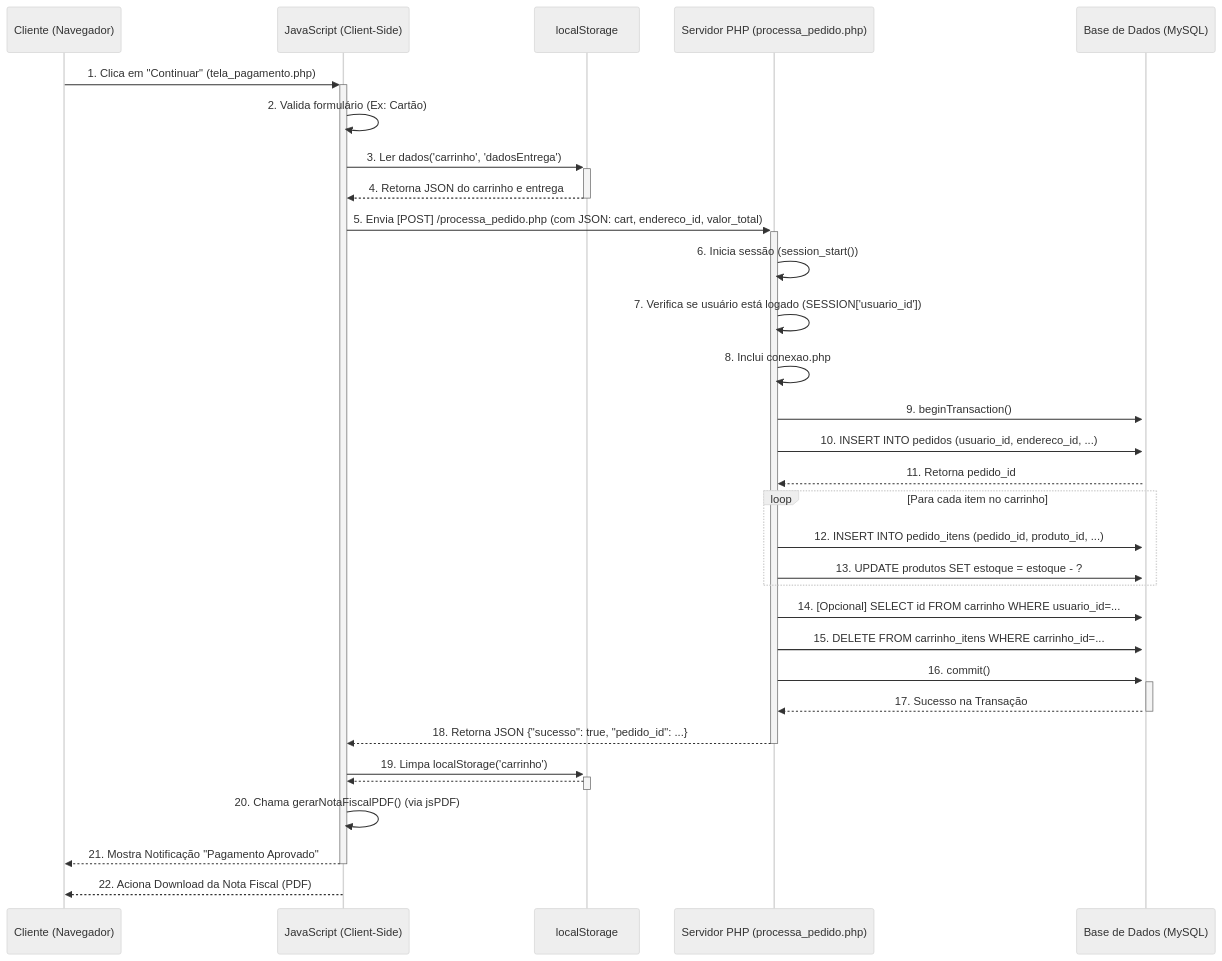
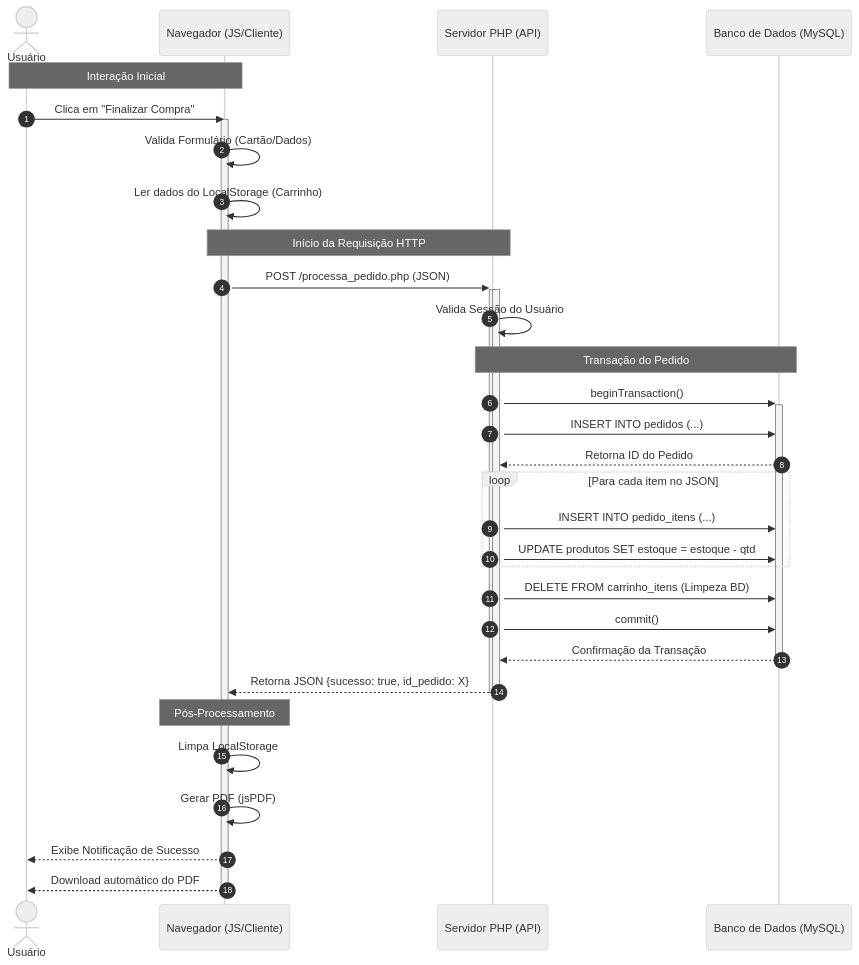
The diagram in Artefatos/Diagramas/Sequência/Sequência - Código.mmd (mar-moraes/Loja-Ponto-Com), drawn with Mermaid (neutral theme) before and after one commit. The commit also changed 6 other files, not shown here.

```diff
--- a/Artefatos/Diagramas/Sequência/Sequência - Código.mmd
+++ b/Artefatos/Diagramas/Sequência/Sequência - Código.mmd
@@ -1,40 +1,44 @@
 sequenceDiagram
-    participant Cliente as Cliente (Navegador)
-    participant JS as JavaScript (Client-Side)
-    participant LocalStorage as localStorage
-    participant PHP as Servidor PHP (processa_pedido.php)
-    participant MySQL as Base de Dados (MySQL)
+    autonumber
+    actor Usuario as Usuário
+    participant Frontend as Navegador (JS/Cliente)
+    participant Backend as Servidor PHP (API)
+    participant BD as Banco de Dados (MySQL)
 
-    Cliente ->>+ JS: 1. Clica em "Continuar" (tela_pagamento.php)
-    JS ->> JS: 2. Valida formulário (Ex: Cartão)
-    JS ->>+ LocalStorage: 3. Ler dados('carrinho', 'dadosEntrega')
-    LocalStorage -->>- JS: 4. Retorna JSON do carrinho e entrega
-
-    JS ->>+ PHP: 5. Envia [POST] /processa_pedido.php (com JSON: cart, endereco_id, valor_total)
-    PHP ->> PHP: 6. Inicia sessão (session_start())
-    PHP ->> PHP: 7. Verifica se usuário está logado (SESSION['usuario_id'])
-    PHP ->> PHP: 8. Inclui conexao.php
-
-    PHP ->>+ MySQL: 9. beginTransaction()
-    PHP ->> MySQL: 10. INSERT INTO pedidos (usuario_id, endereco_id, ...)
-    MySQL -->> PHP: 11. Retorna pedido_id
+    Note over Usuario, Frontend: Interação Inicial
+    Usuario->>Frontend: Clica em "Finalizar Compra"
     
-    loop Para cada item no carrinho
-        PHP ->> MySQL: 12. INSERT INTO pedido_itens (pedido_id, produto_id, ...)
-        PHP ->> MySQL: 13. UPDATE produtos SET estoque = estoque - ?
+    activate Frontend
+    Frontend->>Frontend: Valida Formulário (Cartão/Dados)
+    Frontend->>Frontend: Ler dados do LocalStorage (Carrinho)
+    
+    Note over Frontend, Backend: Início da Requisição HTTP
+    Frontend->>+Backend: POST /processa_pedido.php (JSON)
+    
+    activate Backend
+    Backend->>Backend: Valida Sessão do Usuário
+    
+    Note over Backend, BD: Transação do Pedido
+    Backend->>+BD: beginTransaction()
+    Backend->>BD: INSERT INTO pedidos (...)
+    BD-->>Backend: Retorna ID do Pedido
+    
+    loop Para cada item no JSON
+        Backend->>BD: INSERT INTO pedido_itens (...)
+        Backend->>BD: UPDATE produtos SET estoque = estoque - qtd
     end
 
-    PHP ->> MySQL: 14. [Opcional] SELECT id FROM carrinho WHERE usuario_id=...
-    PHP ->> MySQL: 15. DELETE FROM carrinho_itens WHERE carrinho_id=...
+    Backend->>BD: DELETE FROM carrinho_itens (Limpeza BD)
+    
+    Backend->>BD: commit()
+    BD-->>-Backend: Confirmação da Transação
 
-    PHP ->>+ MySQL: 16. commit()
-    MySQL -->>- PHP: 17. Sucesso na Transação
+    Backend-->>-Frontend: Retorna JSON {sucesso: true, id_pedido: X}
+    deactivate Backend
 
-    PHP -->>- JS: 18. Retorna JSON {"sucesso": true, "pedido_id": ...}
-
-    JS ->>+ LocalStorage: 19. Limpa localStorage('carrinho')
-    LocalStorage -->>- JS: 
-    
-    JS ->> JS: 20. Chama gerarNotaFiscalPDF() (via jsPDF)
-    JS -->>- Cliente: 21. Mostra Notificação "Pagamento Aprovado"
-    JS -->> Cliente: 22. Aciona Download da Nota Fiscal (PDF)
+    Note over Frontend: Pós-Processamento
+    Frontend->>Frontend: Limpa LocalStorage
+    Frontend->>Frontend: Gerar PDF (jsPDF)
+    Frontend-->>Usuario: Exibe Notificação de Sucesso
+    Frontend-->>Usuario: Download automático do PDF
+    deactivate Frontend
```
